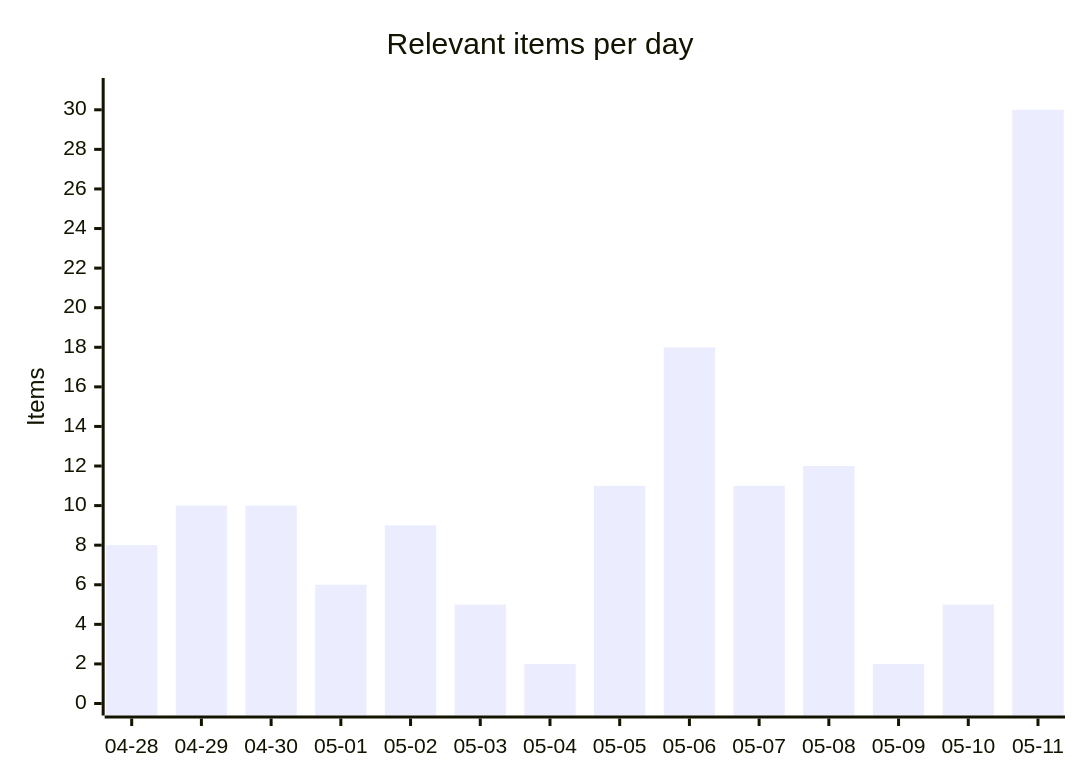
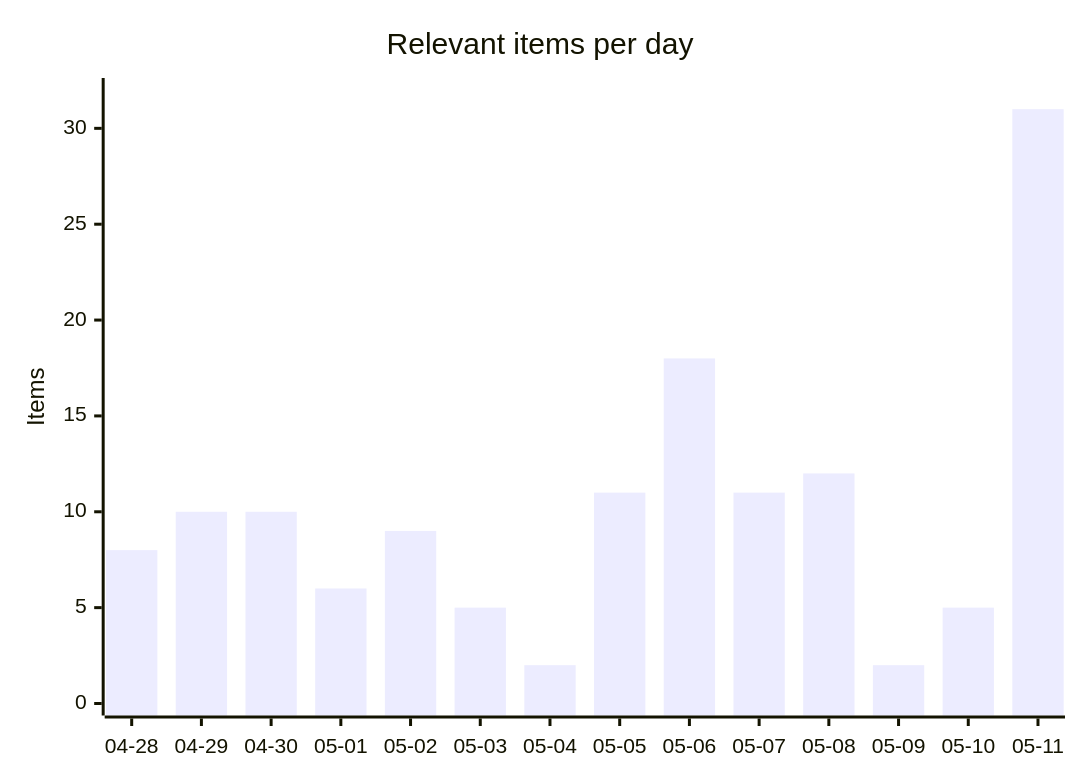
One commit to martinbalfanz/social-scanner-reports changed the first of 4 diagrams in README.md. Above: the diagram before and after it, drawn with Mermaid. The commit also changed other lines of this file and 2 other files, not shown here.

````diff
--- a/README.md
+++ b/README.md
@@ -30,7 +30,7 @@
 ```mermaid
 xychart-beta
     title "Relevant items per day"
     x-axis ["04-28", "04-29", "04-30", "05-01", "05-02", "05-03", "05-04", "05-05", "05-06", "05-07", "05-08", "05-09", "05-10", "05-11"]
-    y-axis "Items" 0 --> 31
-    bar [8, 10, 10, 6, 9, 5, 2, 11, 18, 11, 12, 2, 5, 30]
+    y-axis "Items" 0 --> 32
+    bar [8, 10, 10, 6, 9, 5, 2, 11, 18, 11, 12, 2, 5, 31]
 ```
````
